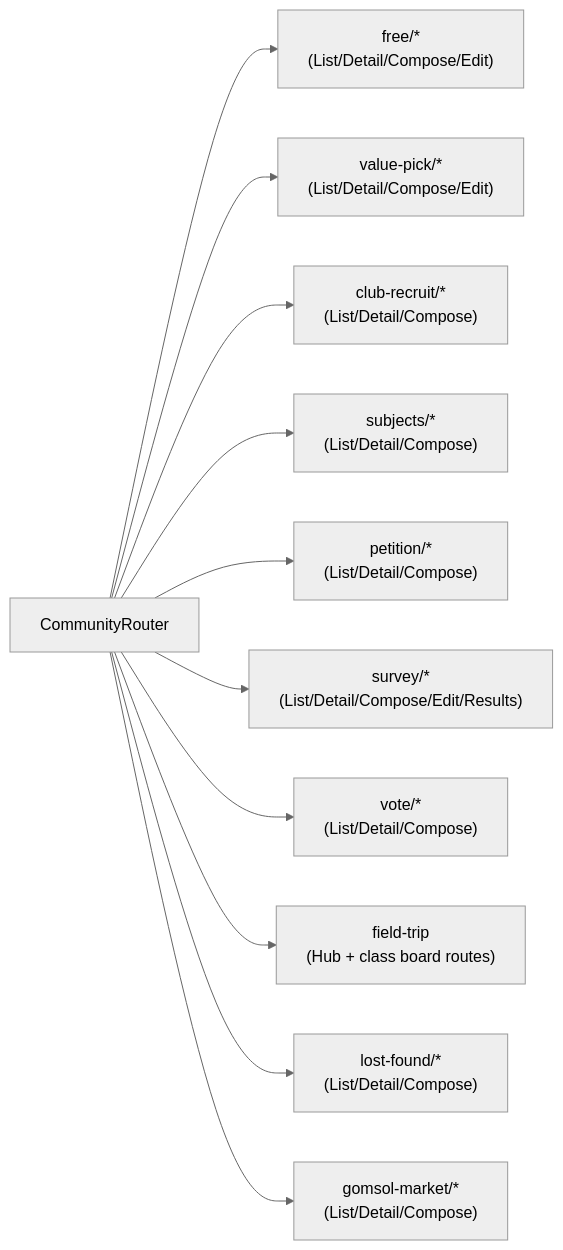
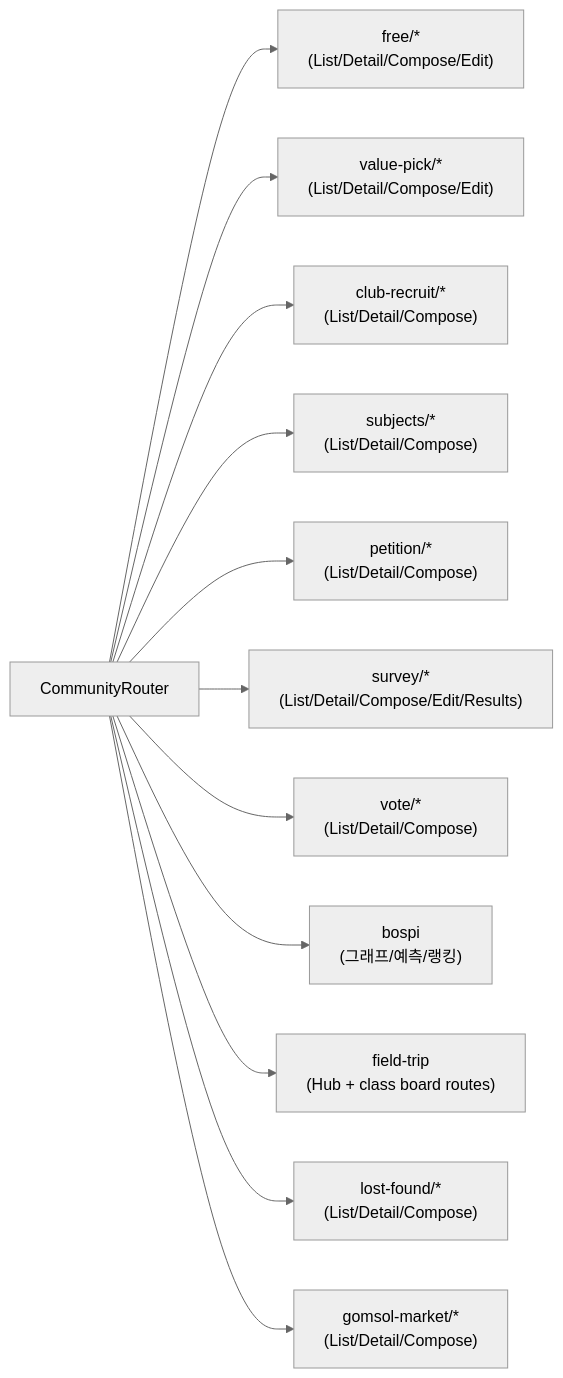
Diagram 13 of 15 in frontend/docs/frontend-architecture.md (hanjm-github/beomseo.in), drawn with Mermaid (neutral theme) before and after one commit. The commit also changed other lines of this file and 17 other files, not shown here.

````diff
--- a/frontend/docs/frontend-architecture.md
+++ b/frontend/docs/frontend-architecture.md
@@ -373,13 +373,14 @@
 ```mermaid
 graph LR
     CR["CommunityRouter"] --> FREE["free/*\n(List/Detail/Compose/Edit)"]
     CR --> VP["value-pick/*\n(List/Detail/Compose/Edit)"]
     CR --> CLUB["club-recruit/*\n(List/Detail/Compose)"]
     CR --> SUBJ["subjects/*\n(List/Detail/Compose)"]
     CR --> PET["petition/*\n(List/Detail/Compose)"]
     CR --> SUR["survey/*\n(List/Detail/Compose/Edit/Results)"]
     CR --> VOTE["vote/*\n(List/Detail/Compose)"]
+    CR --> BOSPI["bospi\n(그래프/예측/랭킹)"]
     CR --> FT["field-trip\n(Hub + class board routes)"]
     CR --> LF["lost-found/*\n(List/Detail/Compose)"]
     CR --> GM["gomsol-market/*\n(List/Detail/Compose)"]
 ```
````
